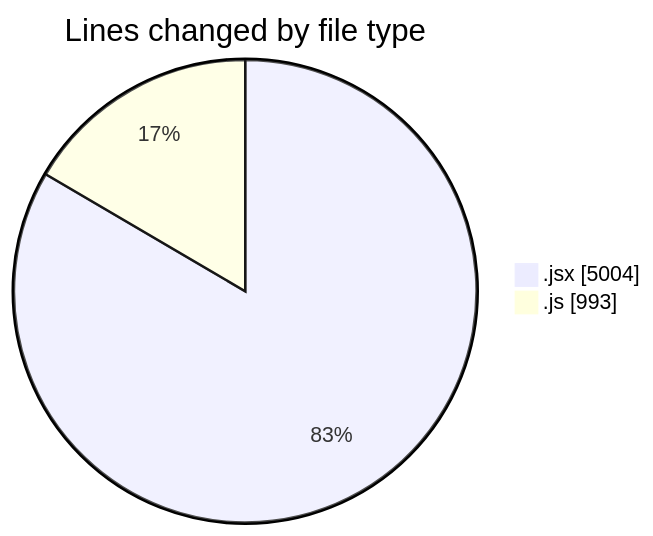
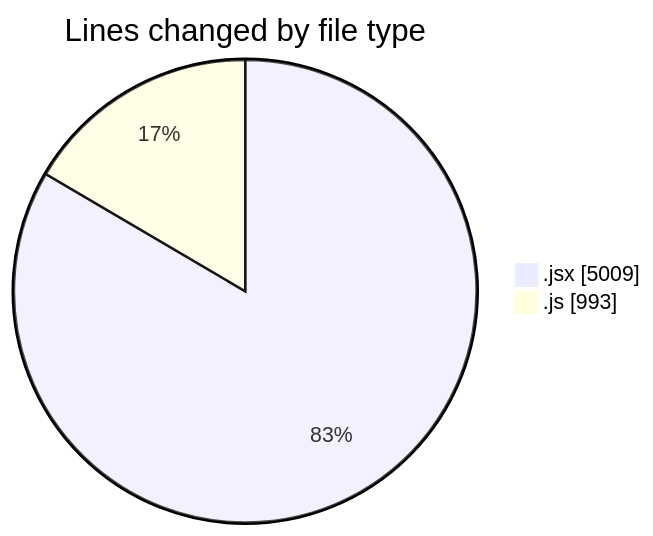
The first of 2 diagrams in 2025-07-21/nxtqube_webapp/README.md (nxtqubesakshisongat/code-tracking), drawn with Mermaid before and after one commit. The commit also changed other lines of this file and 1 other file, not shown here.

````diff
--- a/2025-07-21/nxtqube_webapp/README.md
+++ b/2025-07-21/nxtqube_webapp/README.md
@@ -28,6 +28,6 @@
 ```mermaid
 pie showData
 title Lines changed by file type
-".jsx" : 5004
+".jsx" : 5009
 ".js" : 993
 ```
````
